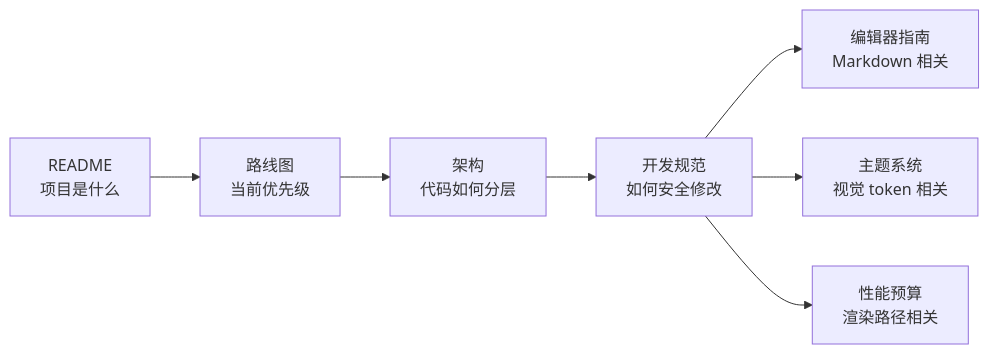
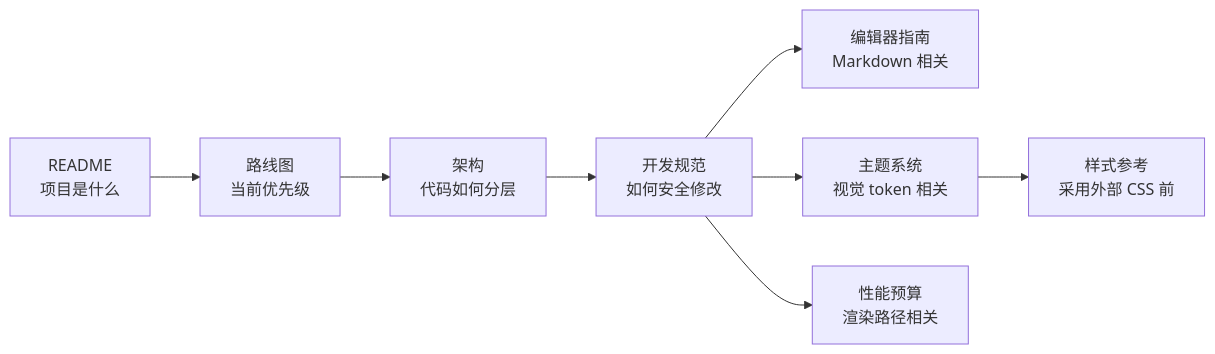
The diagram in docs/zh-CN/README.md (Youzi2233/papyro), drawn with Mermaid before and after one commit. The commit also changed other lines of this file and 7 other files, not shown here.

````diff
--- a/docs/zh-CN/README.md
+++ b/docs/zh-CN/README.md
@@ -21,15 +22,17 @@
 ```mermaid
 flowchart LR
     readme["README<br/>项目是什么"]
     roadmap["路线图<br/>当前优先级"]
     architecture["架构<br/>代码如何分层"]
     development["开发规范<br/>如何安全修改"]
     editor["编辑器指南<br/>Markdown 相关"]
     themes["主题系统<br/>视觉 token 相关"]
+    references["样式参考<br/>采用外部 CSS 前"]
     performance["性能预算<br/>渲染路径相关"]
 
     readme --> roadmap --> architecture --> development
     development --> editor
     development --> themes
+    themes --> references
     development --> performance
 ```
````
